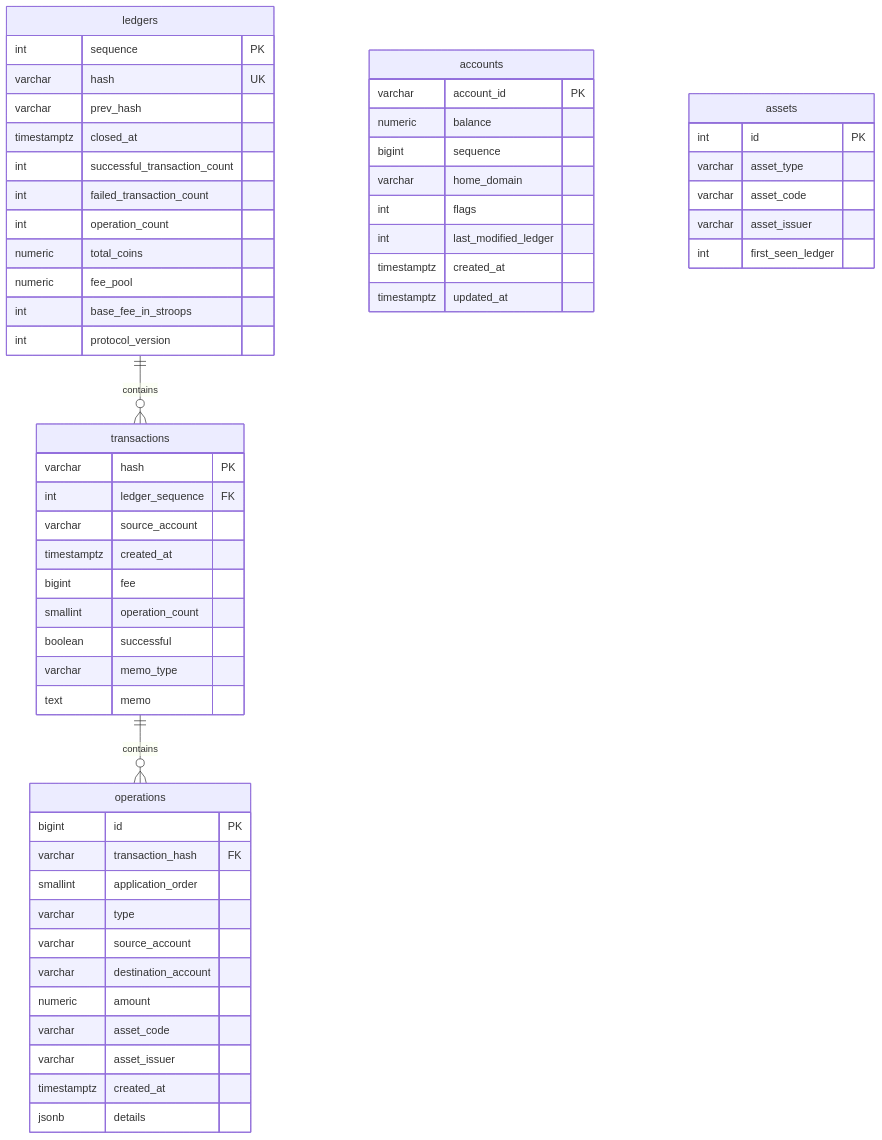
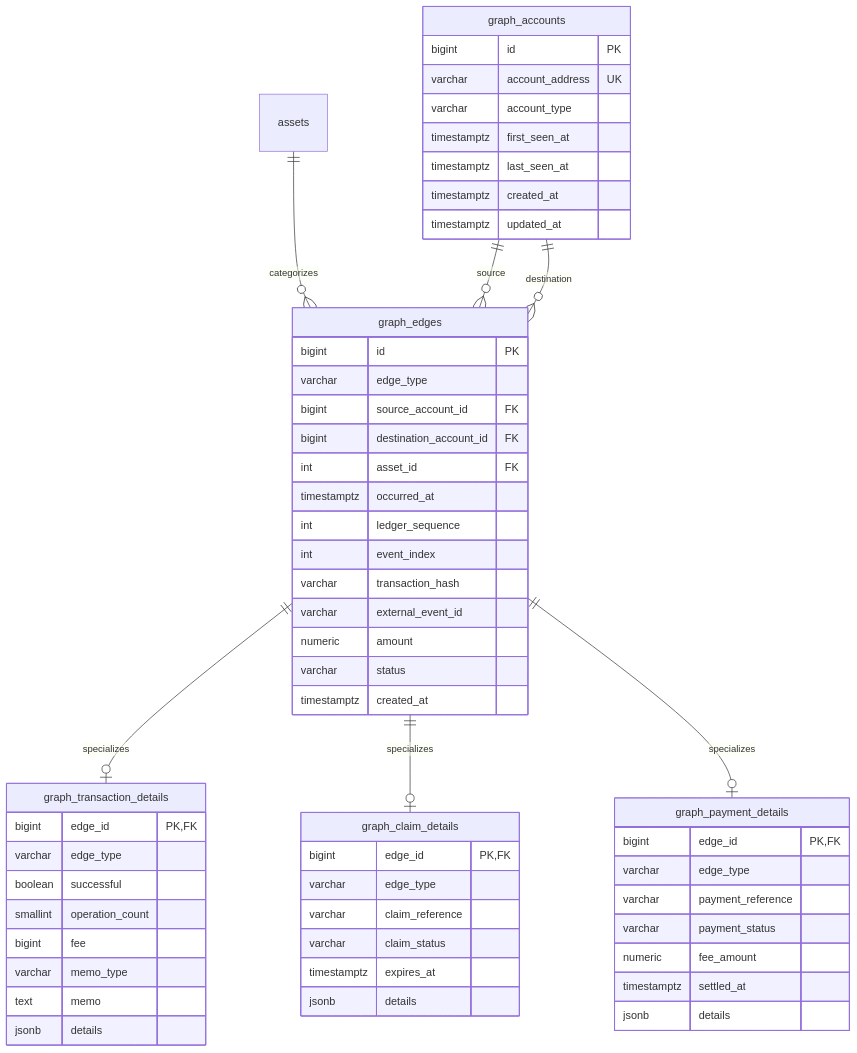
The diagram in docs/schema.md (Mega-Header/mega-header-astroml), drawn with Mermaid before and after one commit. The commit also changed other lines of this file and 3 other files, not shown here.

Commit message:
Schema Design for PostgreSQL Graph Mirror

````diff
--- a/docs/schema.md
+++ b/docs/schema.md
@@ -18,64 +46,65 @@
 ```mermaid
 erDiagram
-    ledgers ||--o{ transactions : contains
-    transactions ||--o{ operations : contains
+    assets ||--o{ graph_edges : categorizes
+    graph_accounts ||--o{ graph_edges : source
+    graph_accounts ||--o{ graph_edges : destination
+    graph_edges ||--o| graph_transaction_details : specializes
+    graph_edges ||--o| graph_claim_details : specializes
+    graph_edges ||--o| graph_payment_details : specializes
 
-    ledgers {
-        int sequence PK
-        varchar hash UK
-        varchar prev_hash
-        timestamptz closed_at
-        int successful_transaction_count
-        int failed_transaction_count
-        int operation_count
-        numeric total_coins
-        numeric fee_pool
-        int base_fee_in_stroops
-        int protocol_version
-    }
-
-    transactions {
-        varchar hash PK
-        int ledger_sequence FK
-        varchar source_account
-        timestamptz created_at
-        bigint fee
-        smallint operation_count
-        boolean successful
-        varchar memo_type
-        text memo
-    }
-
-    operations {
+    graph_accounts {
         bigint id PK
-        varchar transaction_hash FK
-        smallint application_order
-        varchar type
-        varchar source_account
-        varchar destination_account
-        numeric amount
-        varchar asset_code
-        varchar asset_issuer
-        timestamptz created_at
-        jsonb details
-    }
-
-    accounts {
-        varchar account_id PK
-        numeric balance
-        bigint sequence
-        varchar home_domain
-        int flags
-        int last_modified_ledger
+        varchar account_address UK
+        varchar account_type
+        timestamptz first_seen_at
+        timestamptz last_seen_at
         timestamptz created_at
         timestamptz updated_at
     }
 
-    assets {
-        int id PK
-        varchar asset_type
-        varchar asset_code
-        varchar asset_issuer
-        int first_seen_ledger
+    graph_edges {
+        bigint id PK
+        varchar edge_type
+        bigint source_account_id FK
+        bigint destination_account_id FK
+        int asset_id FK
+        timestamptz occurred_at
+        int ledger_sequence
+        int event_index
+        varchar transaction_hash
+        varchar external_event_id
+        numeric amount
+        varchar status
+        timestamptz created_at
+    }
+
+    graph_transaction_details {
+        bigint edge_id PK,FK
+        varchar edge_type
+        boolean successful
+        smallint operation_count
+        bigint fee
+        varchar memo_type
+        text memo
+        jsonb details
+    }
+
+    graph_claim_details {
+        bigint edge_id PK,FK
+        varchar edge_type
+        varchar claim_reference
+        varchar claim_status
+        timestamptz expires_at
+        jsonb details
+    }
+
+    graph_payment_details {
+        bigint edge_id PK,FK
+        varchar edge_type
+        varchar payment_reference
+        varchar payment_status
+        numeric fee_amount
+        timestamptz settled_at
+        jsonb details
     }
 ```
````
